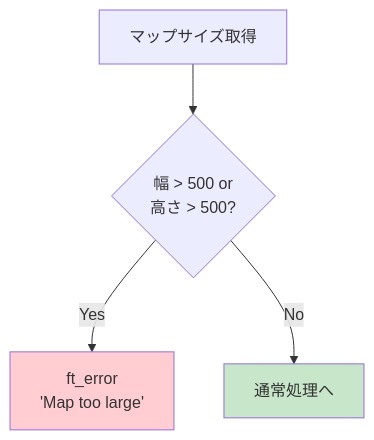
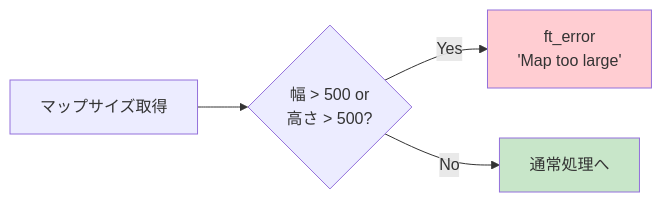
Before and after one commit to Tsunanko/cub3d-guide: the fifth of 5 diagrams in docs/09-debugging.md, drawn with Mermaid. The commit also changed other lines of this file and 6 other files, not shown here.

First line of the commit message:
Make Mermaid diagrams fill viewport width and convert vertical flowcharts to horizontal

````diff
--- a/docs/09-debugging.md
+++ b/docs/09-debugging.md
@@ -257,9 +255,9 @@
 ```mermaid
-flowchart TD
+flowchart LR
     A[マップサイズ取得] --> B{幅 > 500 or<br>高さ > 500?}
     B -->|Yes| C["ft_error<br>'Map too large'"]
     B -->|No| D[通常処理へ]
 
     style C fill:#FFCDD2
     style D fill:#C8E6C9
 ```
````
